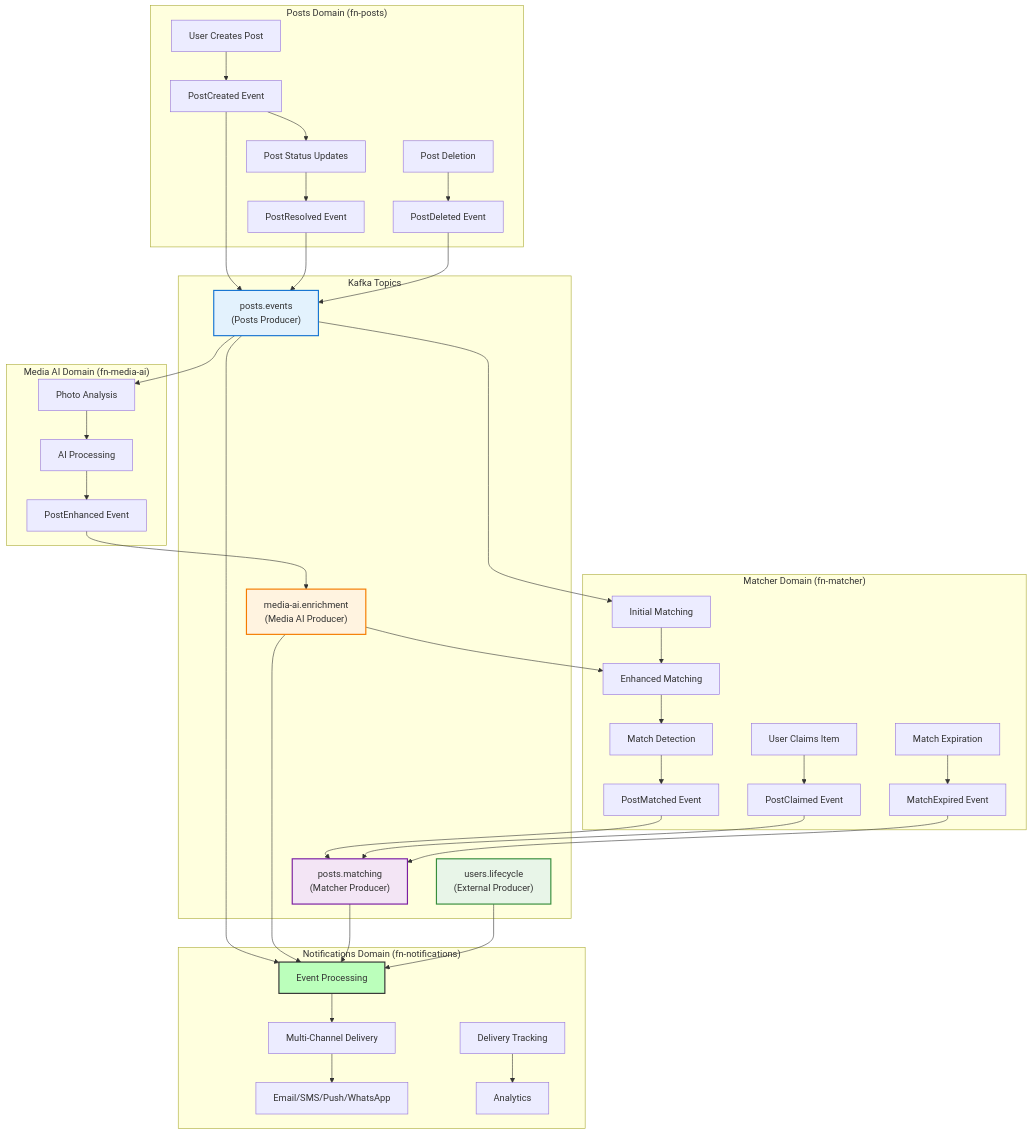
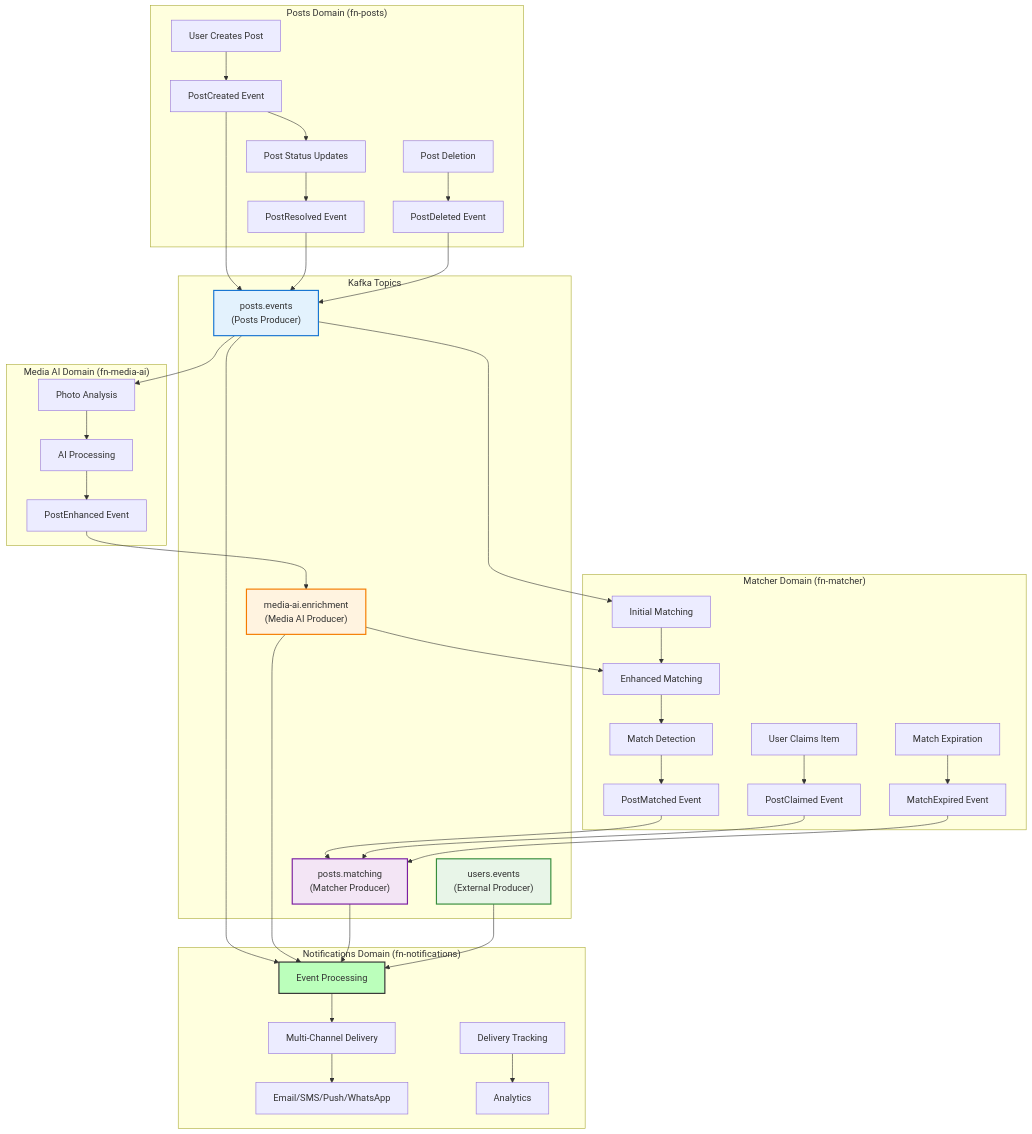
The first of 9 diagrams in ARCHITECTURE.md (findly-now/fn-docs), drawn with Mermaid before and after one commit. The commit also changed other lines of this file and 10 other files, not shown here.

````diff
--- a/ARCHITECTURE.md
+++ b/ARCHITECTURE.md
@@ -118,56 +170,56 @@
 ```mermaid
 graph TD
     subgraph "Posts Domain (fn-posts)"
         A[User Creates Post] --> B[PostCreated Event]
         B --> C[Post Status Updates]
         C --> D[PostResolved Event]
         E[Post Deletion] --> F[PostDeleted Event]
     end
 
     subgraph "Kafka Topics"
         G["posts.events<br/>(Posts Producer)"]
         H["media-ai.enrichment<br/>(Media AI Producer)"]
         I["posts.matching<br/>(Matcher Producer)"]
-        J["users.lifecycle<br/>(External Producer)"]
+        J["users.events<br/>(External Producer)"]
     end
 
     subgraph "Media AI Domain (fn-media-ai)"
         K[Photo Analysis] --> L[AI Processing]
         L --> M[PostEnhanced Event]
     end
 
     subgraph "Matcher Domain (fn-matcher)"
         N[Initial Matching] --> O[Enhanced Matching]
         O --> P[Match Detection]
         P --> Q[PostMatched Event]
         R[User Claims Item] --> S[PostClaimed Event]
         T[Match Expiration] --> U[MatchExpired Event]
     end
 
     subgraph "Notifications Domain (fn-notifications)"
         V[Event Processing] --> W[Multi-Channel Delivery]
         W --> X[Email/SMS/Push/WhatsApp]
         Y[Delivery Tracking] --> Z[Analytics]
     end
 
     B --> G
     D --> G
     F --> G
     G --> K
     G --> N
     M --> H
     H --> O
     Q --> I
     S --> I
     U --> I
     G --> V
     H --> V
     I --> V
     J --> V
 
     style G fill:#e3f2fd,stroke:#1976d2,stroke-width:2px
     style H fill:#fff3e0,stroke:#f57c00,stroke-width:2px
     style I fill:#f3e5f5,stroke:#7b1fa2,stroke-width:2px
     style J fill:#e8f5e8,stroke:#388e3c,stroke-width:2px
     style V fill:#bfb,stroke:#333,stroke-width:2px
 ```
````
